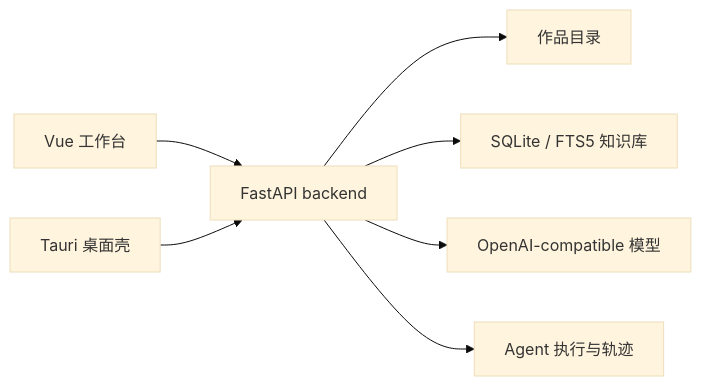
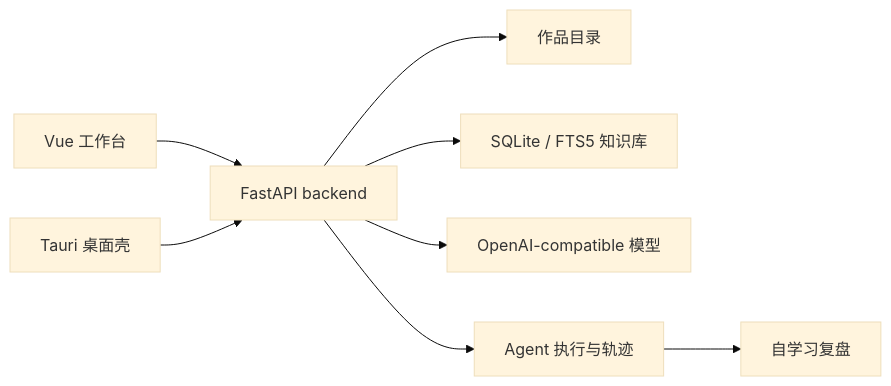
The diagram in README.md (mushroomfk/novel-generator), drawn with Mermaid (base theme) before and after one commit. The commit also changed other lines of this file and 37 other files, not shown here.

````diff
--- a/README.md
+++ b/README.md
@@ -89,9 +89,10 @@
 ```mermaid
 flowchart LR
   UI["Vue 工作台"] --> API["FastAPI backend"]
   Shell["Tauri 桌面壳"] --> API
   API --> Project["作品目录"]
   API --> Knowledge["SQLite / FTS5 知识库"]
   API --> Model["OpenAI-compatible 模型"]
   API --> Agent["Agent 执行与轨迹"]
+  Agent --> Learning["自学习复盘"]
 ```
````
